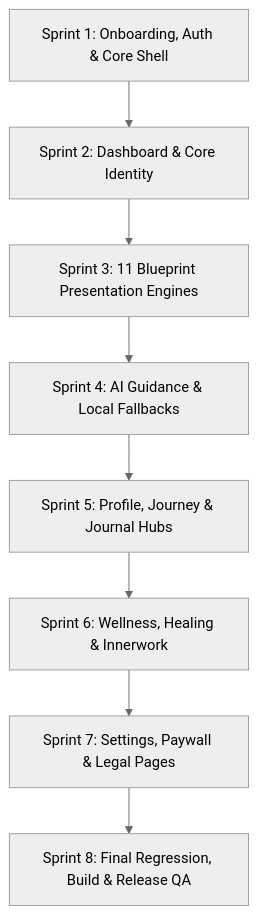
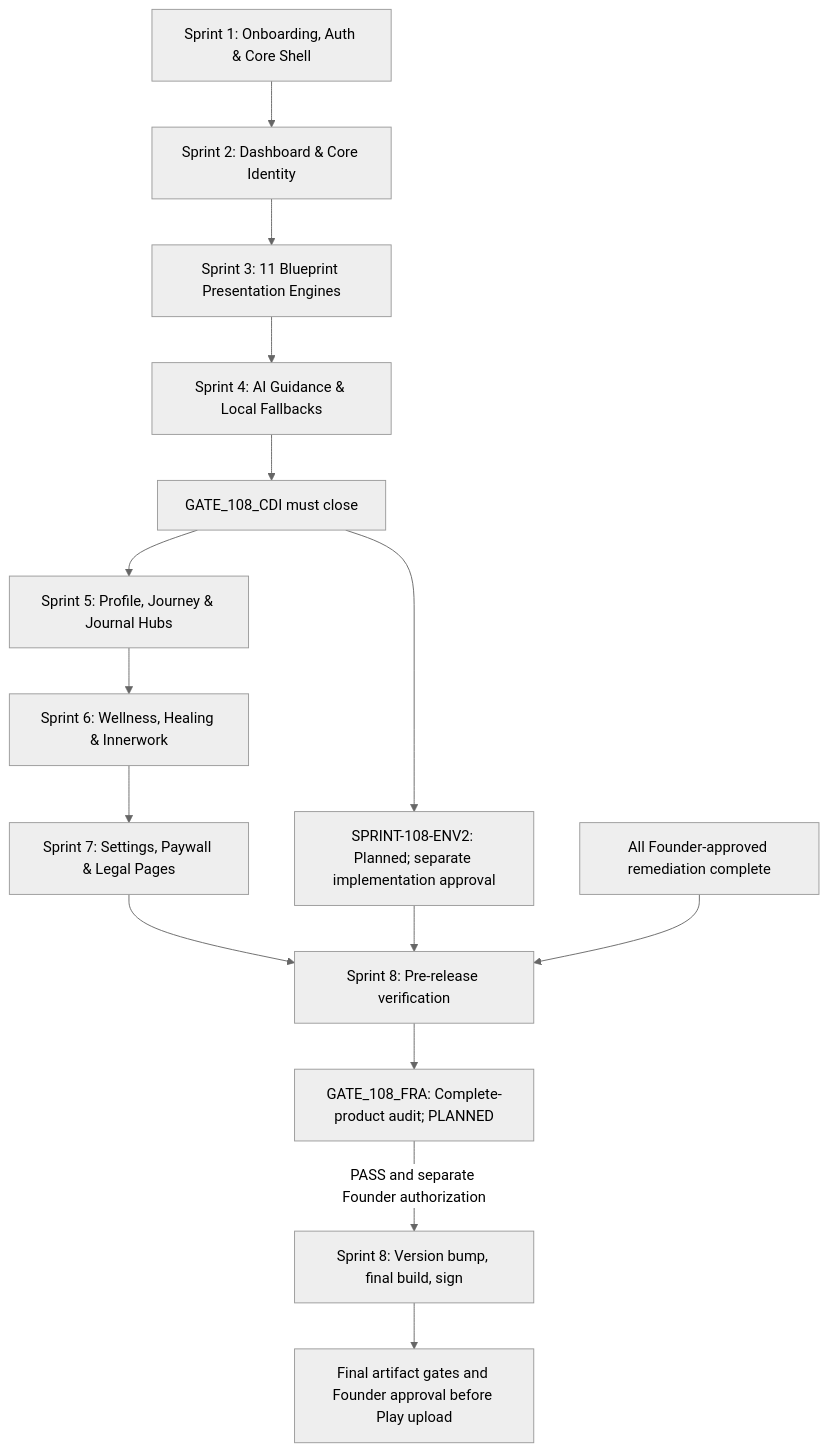
One commit to wizzare/bhumi-amartya changed the diagram in BUILD_108_ENL_SPRINT_PLAN.md. Above: the diagram before and after it, drawn with Mermaid (neutral theme). The commit also changed other lines of this file and 5 other files, not shown here.

Commit message:
docs(build108): plan ENV2 and mandatory final release audit

````diff
--- a/BUILD_108_ENL_SPRINT_PLAN.md
+++ b/BUILD_108_ENL_SPRINT_PLAN.md
@@ -30,10 +34,17 @@
 ```mermaid
 flowchart TD
     S1[Sprint 1: Onboarding, Auth & Core Shell] --> S2[Sprint 2: Dashboard & Core Identity]
     S2 --> S3[Sprint 3: 11 Blueprint Presentation Engines]
     S3 --> S4[Sprint 4: AI Guidance & Local Fallbacks]
-    S4 --> S5[Sprint 5: Profile, Journey & Journal Hubs]
+    S4 --> CDI[GATE_108_CDI must close]
+    CDI --> S5[Sprint 5: Profile, Journey & Journal Hubs]
     S5 --> S6[Sprint 6: Wellness, Healing & Innerwork]
     S6 --> S7[Sprint 7: Settings, Paywall & Legal Pages]
-    S7 --> S8[Sprint 8: Final Regression, Build & Release QA]
+    S7 --> S8[Sprint 8: Pre-release verification]
+    CDI --> ENV2[SPRINT-108-ENV2: Planned; separate implementation approval]
+    ENV2 --> S8
+    R[All Founder-approved remediation complete] --> S8
+    S8 --> FRA[GATE_108_FRA: Complete-product audit; PLANNED]
+    FRA -->|PASS and separate Founder authorization| REL[Sprint 8: Version bump, final build, sign]
+    REL --> PUB[Final artifact gates and Founder approval before Play upload]
 ```
````
